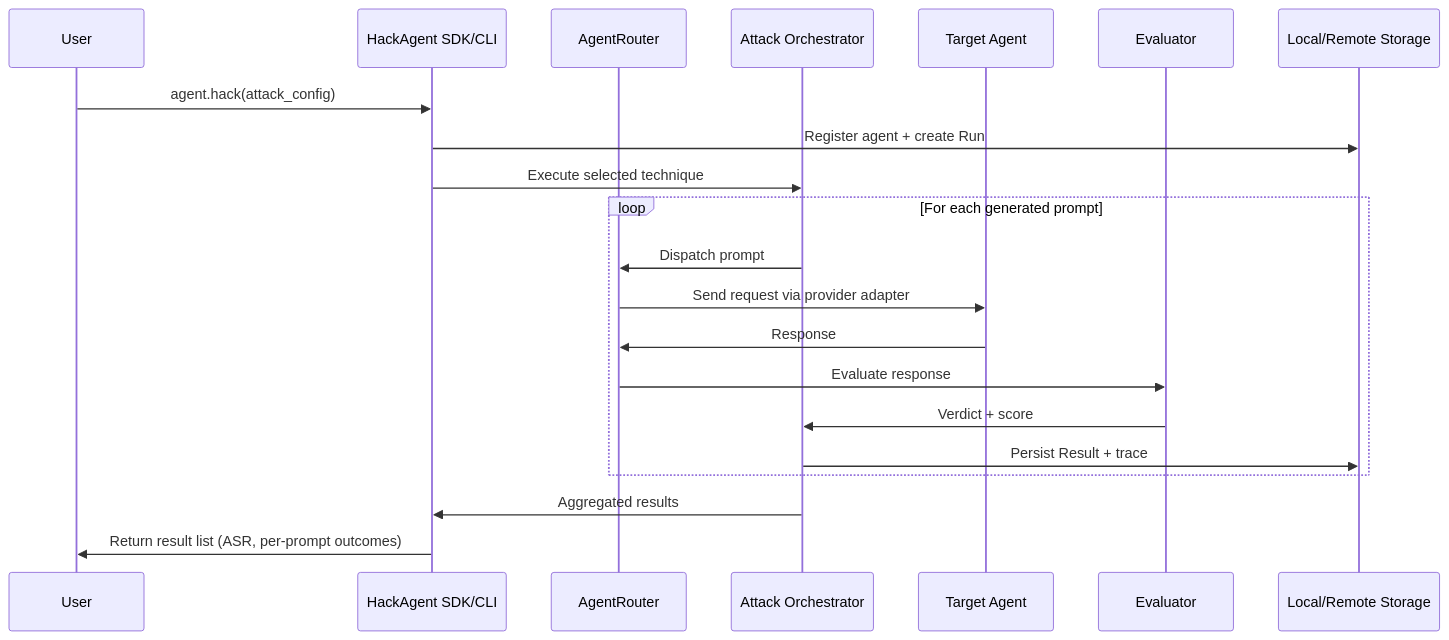
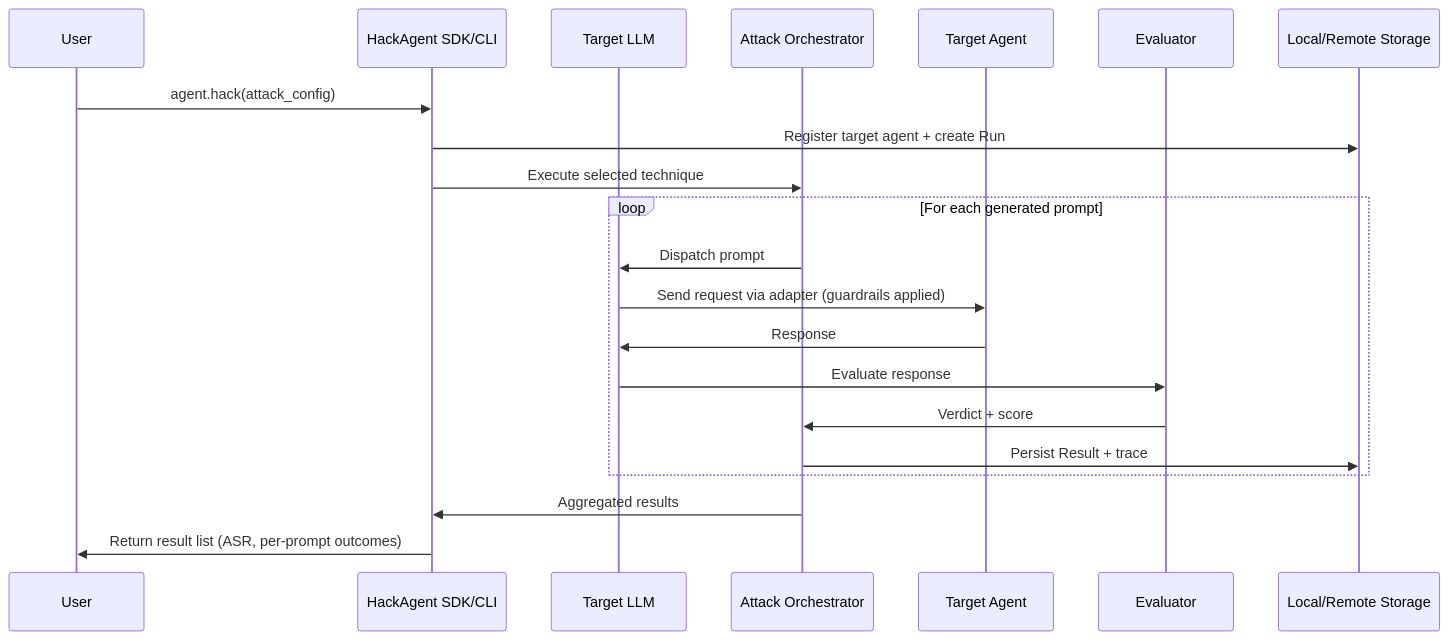
The second of 2 diagrams in docs/docs/architecture/system-overview.mdx (AISecurityLab/hackagent), drawn with Mermaid before and after one commit. The commit also changed other lines of this file and 43 other files, not shown here.

````diff
--- a/docs/docs/architecture/system-overview.mdx
+++ b/docs/docs/architecture/system-overview.mdx
@@ -140,24 +144,24 @@
 ```mermaid
 sequenceDiagram
     participant User
     participant SDK as HackAgent SDK/CLI
-    participant Router as AgentRouter
+    participant Router as Target LLM
     participant Orchestrator as Attack Orchestrator
     participant Target as Target Agent
     participant Evaluator
     participant Storage as Local/Remote Storage
 
     User->>SDK: agent.hack(attack_config)
-    SDK->>Storage: Register agent + create Run
+    SDK->>Storage: Register target agent + create Run
     SDK->>Orchestrator: Execute selected technique
     loop For each generated prompt
         Orchestrator->>Router: Dispatch prompt
-        Router->>Target: Send request via provider adapter
+        Router->>Target: Send request via adapter (guardrails applied)
         Target->>Router: Response
         Router->>Evaluator: Evaluate response
         Evaluator->>Orchestrator: Verdict + score
         Orchestrator->>Storage: Persist Result + trace
     end
     Orchestrator->>SDK: Aggregated results
     SDK->>User: Return result list (ASR, per-prompt outcomes)
 ```
````
